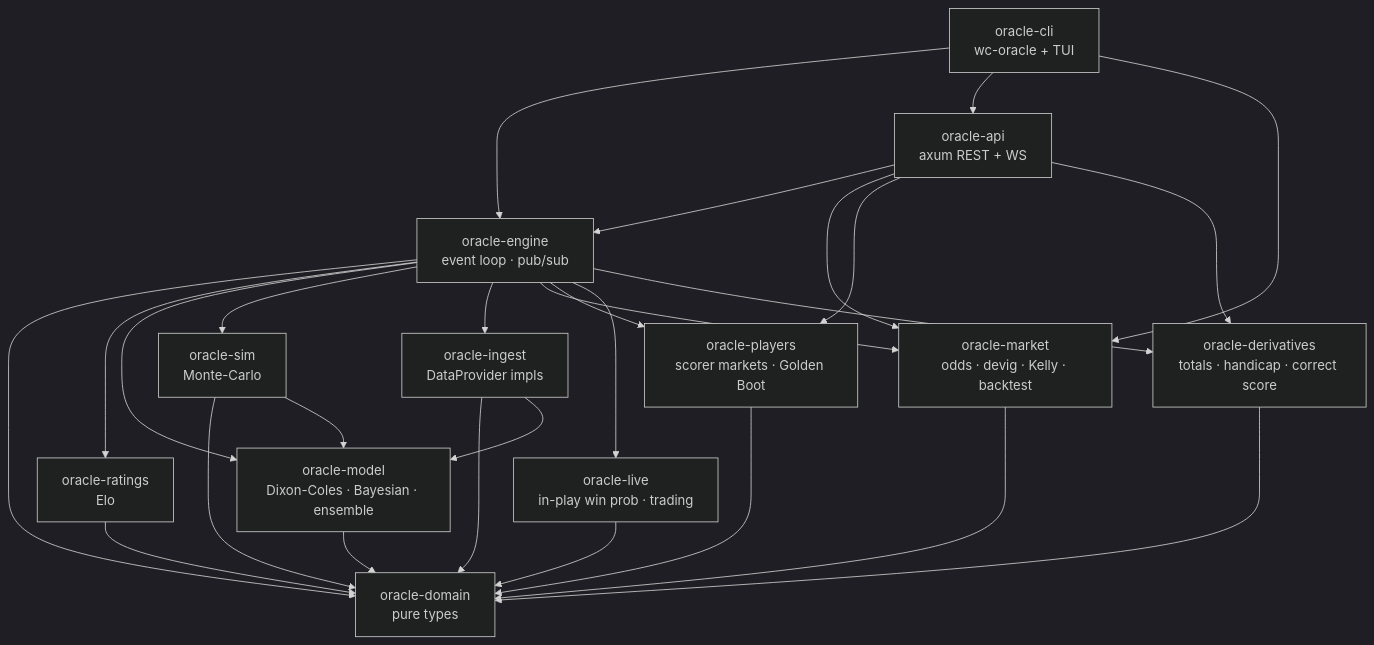
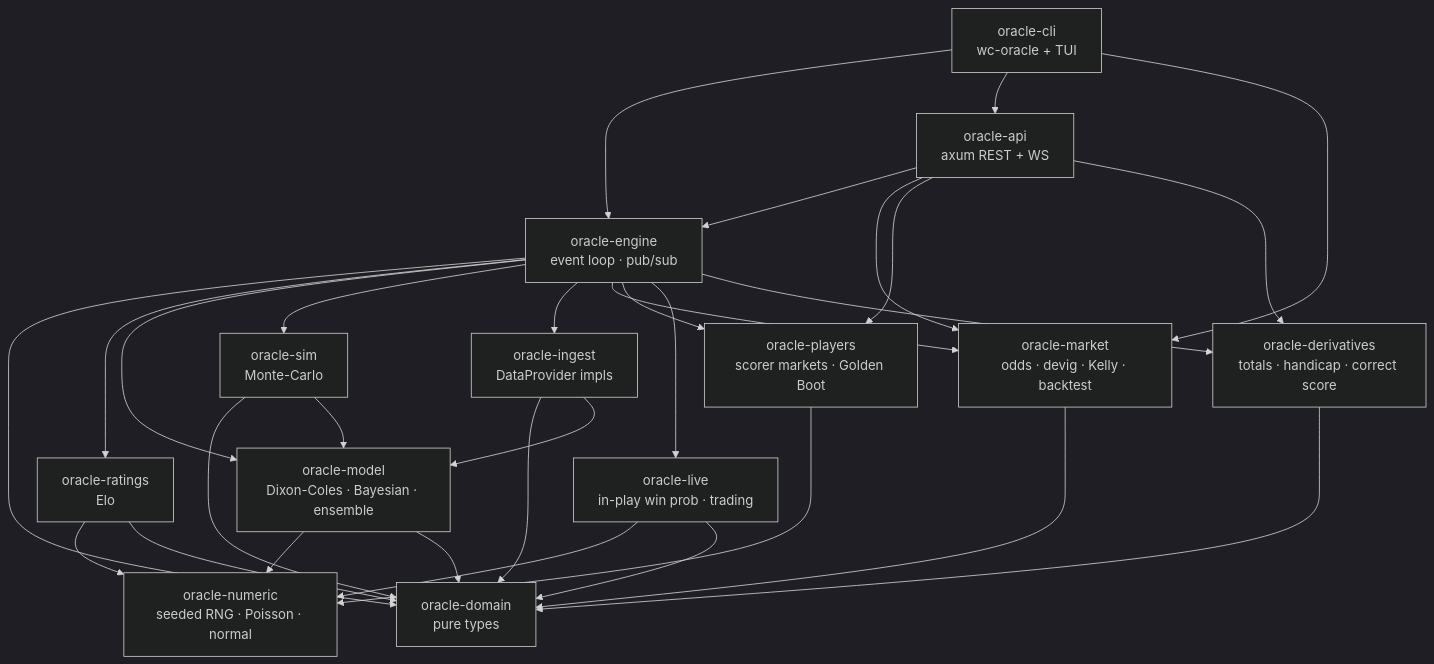
The first of 2 diagrams in docs/ARCHITECTURE.md (ruhan-sahasi/worldcup-oracle), drawn with Mermaid (dark theme) before and after one commit. The commit also changed other lines of this file and 1 other file, not shown here.

````diff
--- a/docs/ARCHITECTURE.md
+++ b/docs/ARCHITECTURE.md
@@ -9,42 +10,46 @@
 ```mermaid
 graph TD
+    numeric[oracle-numeric<br/>seeded RNG · Poisson · normal]
     domain[oracle-domain<br/>pure types]
     ratings[oracle-ratings<br/>Elo]
     model[oracle-model<br/>Dixon-Coles · Bayesian · ensemble]
     sim[oracle-sim<br/>Monte-Carlo]
     ingest[oracle-ingest<br/>DataProvider impls]
     market[oracle-market<br/>odds · devig · Kelly · backtest]
     players[oracle-players<br/>scorer markets · Golden Boot]
     live[oracle-live<br/>in-play win prob · trading]
     derivatives[oracle-derivatives<br/>totals · handicap · correct score]
     engine[oracle-engine<br/>event loop · pub/sub]
     api[oracle-api<br/>axum REST + WS]
     cli[oracle-cli<br/>wc-oracle + TUI]
 
+    ratings --> numeric
     ratings --> domain
+    model --> numeric
     model --> domain
     sim --> domain
     sim --> model
     ingest --> domain
     ingest --> model
     market --> domain
-    players --> domain
+    players --> numeric
+    live --> numeric
     live --> domain
     derivatives --> domain
     engine --> domain
     engine --> ratings
     engine --> model
     engine --> sim
     engine --> ingest
     engine --> market
     engine --> players
     engine --> live
     engine --> derivatives
     api --> engine
     api --> market
     api --> players
     api --> derivatives
     cli --> engine
     cli --> api
     cli --> market
 ```
````
